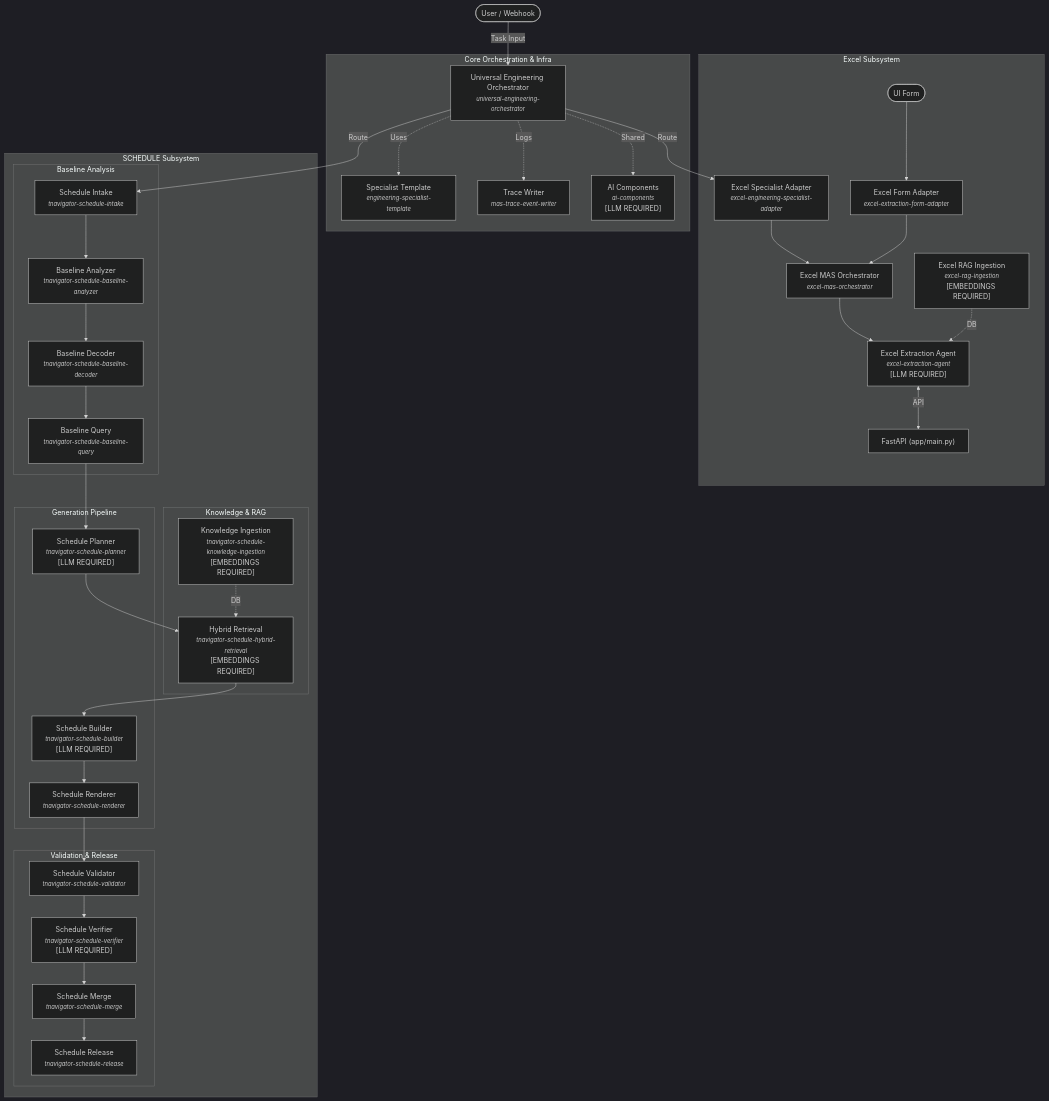
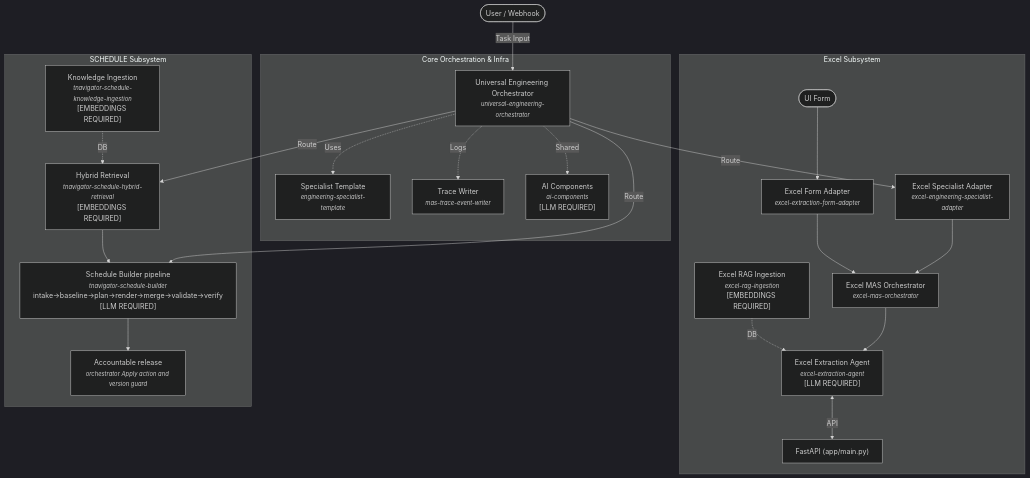
One commit to lun1tunes/omegalul changed the diagram in docs/architecture/MAS_ARCHITECTURE.md. Above: the diagram before and after it, drawn with Mermaid (dark theme). The commit also changed other lines of this file and 50 other files, not shown here.

````diff
--- a/docs/architecture/MAS_ARCHITECTURE.md
+++ b/docs/architecture/MAS_ARCHITECTURE.md
@@ -9,65 +9,39 @@
 ```mermaid
 graph TD
     User([User / Webhook]) --> |Task Input| O["Universal Engineering Orchestrator<br/><small><i>universal-engineering-orchestrator</i></small>"]
     
     subgraph "Core Orchestration & Infra"
         O -.-> |Uses| Tpl["Specialist Template<br/><small><i>engineering-specialist-template</i></small>"]
         O -.-> |Logs| Trace["Trace Writer<br/><small><i>mas-trace-event-writer</i></small>"]
         O -.-> |Shared| AI["AI Components<br/><small><i>ai-components</i></small><br/>[LLM REQUIRED]"]
     end
 
     subgraph "Excel Subsystem"
         E_Adapt["Excel Specialist Adapter<br/><small><i>excel-engineering-specialist-adapter</i></small>"]
         E_Form["Excel Form Adapter<br/><small><i>excel-extraction-form-adapter</i></small>"]
         
         E_Mas["Excel MAS Orchestrator<br/><small><i>excel-mas-orchestrator</i></small>"]
         E_Agent["Excel Extraction Agent<br/><small><i>excel-extraction-agent</i></small><br/>[LLM REQUIRED]"]
         E_RAG["Excel RAG Ingestion<br/><small><i>excel-rag-ingestion</i></small><br/>[EMBEDDINGS REQUIRED]"]
         
         O --> |Route| E_Adapt
         User_Form([UI Form]) --> E_Form
         E_Adapt --> E_Mas
         E_Form --> E_Mas
         E_Mas --> E_Agent
         E_RAG -.-> |DB| E_Agent
         E_Agent <--> |API| FastAPI["FastAPI (app/main.py)"]
     end
 
     subgraph "SCHEDULE Subsystem"
-        S_Intake["Schedule Intake<br/><small><i>tnavigator-schedule-intake</i></small>"]
-        O --> |Route| S_Intake
-        
-        subgraph "Baseline Analysis"
-            S_B_Ana["Baseline Analyzer<br/><small><i>tnavigator-schedule-baseline-analyzer</i></small>"]
-            S_B_Dec["Baseline Decoder<br/><small><i>tnavigator-schedule-baseline-decoder</i></small>"]
-            S_B_Qry["Baseline Query<br/><small><i>tnavigator-schedule-baseline-query</i></small>"]
-            S_Intake --> S_B_Ana --> S_B_Dec --> S_B_Qry
-        end
-        
-        subgraph "Knowledge & RAG"
-            S_K_Ing["Knowledge Ingestion<br/><small><i>tnavigator-schedule-knowledge-ingestion</i></small><br/>[EMBEDDINGS REQUIRED]"]
-            S_H_Ret["Hybrid Retrieval<br/><small><i>tnavigator-schedule-hybrid-retrieval</i></small><br/>[EMBEDDINGS REQUIRED]"]
-            S_K_Ing -.-> |DB| S_H_Ret
-        end
-        
-        subgraph "Generation Pipeline"
-            S_Plan["Schedule Planner<br/><small><i>tnavigator-schedule-planner</i></small><br/>[LLM REQUIRED]"]
-            S_Bld["Schedule Builder<br/><small><i>tnavigator-schedule-builder</i></small><br/>[LLM REQUIRED]"]
-            S_Rnd["Schedule Renderer<br/><small><i>tnavigator-schedule-renderer</i></small>"]
-            
-            S_B_Qry --> S_Plan
-            S_Plan --> S_H_Ret
-            S_H_Ret --> S_Bld
-            S_Bld --> S_Rnd
-        end
-        
-        subgraph "Validation & Release"
-            S_Val["Schedule Validator<br/><small><i>tnavigator-schedule-validator</i></small>"]
-            S_Ver["Schedule Verifier<br/><small><i>tnavigator-schedule-verifier</i></small><br/>[LLM REQUIRED]"]
-            S_Mrg["Schedule Merge<br/><small><i>tnavigator-schedule-merge</i></small>"]
-            S_Rel["Schedule Release<br/><small><i>tnavigator-schedule-release</i></small>"]
-            
-            S_Rnd --> S_Val --> S_Ver --> S_Mrg --> S_Rel
-        end
+        S_K_Ing["Knowledge Ingestion<br/><small><i>tnavigator-schedule-knowledge-ingestion</i></small><br/>[EMBEDDINGS REQUIRED]"]
+        S_H_Ret["Hybrid Retrieval<br/><small><i>tnavigator-schedule-hybrid-retrieval</i></small><br/>[EMBEDDINGS REQUIRED]"]
+        S_Bld["Schedule Builder pipeline<br/><small><i>tnavigator-schedule-builder</i></small><br/>intake→baseline→plan→render→merge→validate→verify<br/>[LLM REQUIRED]"]
+        S_Rel["Accountable release<br/><small><i>orchestrator Apply action and version guard</i></small>"]
+        S_K_Ing -.-> |DB| S_H_Ret
+        O --> |Route| S_H_Ret
+        O --> |Route| S_Bld
+        S_H_Ret --> S_Bld
+        S_Bld --> S_Rel
     end
 ```
````
